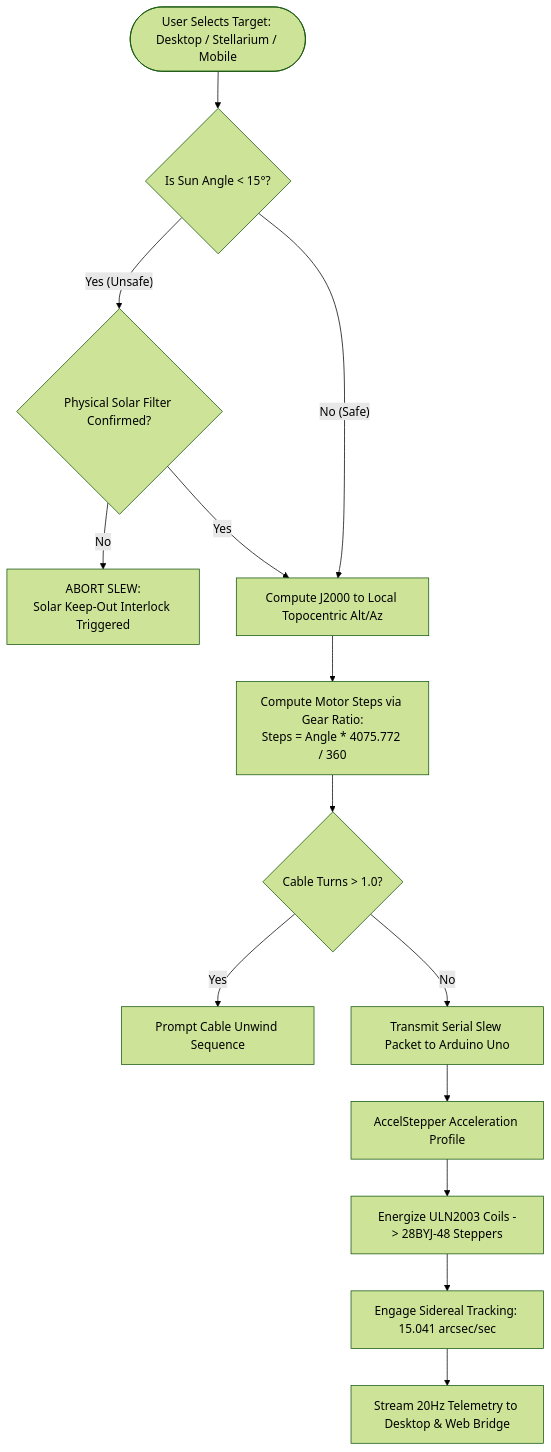
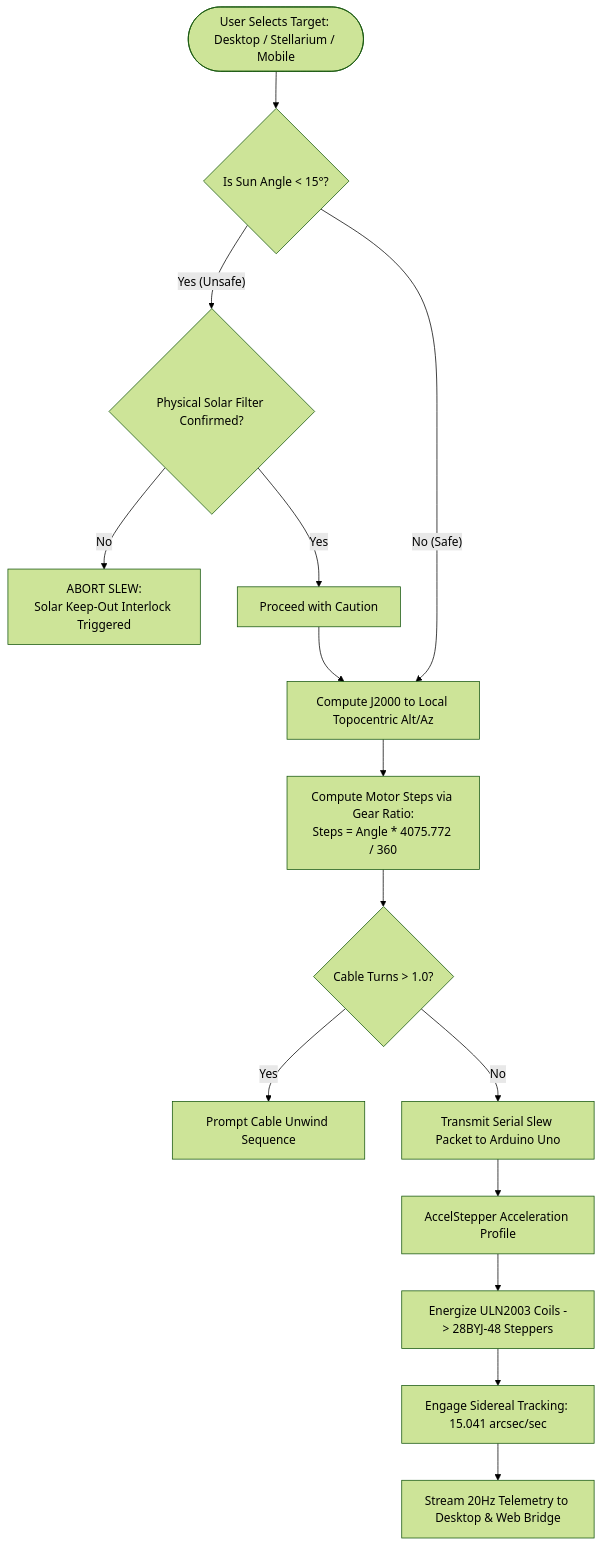
Before and after one commit to Hitesh070/Custom-GoTo-Telescope: the second of 2 diagrams in README.md, drawn with Mermaid (forest theme). The commit also changed other lines of this file, not shown here.

Commit message:
docs(readme): sanitize mermaid flowchart syntax and katex math mode rendering

````diff
--- a/README.md
+++ b/README.md
@@ -329,22 +329,23 @@
 ```mermaid
 flowchart TD
-    UserTarget([User Selects Target: Desktop / Stellarium / Mobile]) --> CheckSafety{Is Sun Angle < 15°?}
+    UserTarget(["User Selects Target: Desktop / Stellarium / Mobile"]) --> CheckSafety{"Is Sun Angle &lt; 15°?"}
     
-    CheckSafety -- Yes (Unsafe) --> CheckFilter{Physical Solar Filter Confirmed?}
-    CheckFilter -- No --> AbortSlew[ABORT SLEW:\nSolar Keep-Out Interlock Triggered]
-    CheckFilter -- Yes --> CalcCoords[Proceed with Caution]
+    CheckSafety -- Yes (Unsafe) --> CheckFilter{"Physical Solar Filter Confirmed?"}
+    CheckFilter -- No --> AbortSlew["ABORT SLEW:<br/>Solar Keep-Out Interlock Triggered"]
+    CheckFilter -- Yes --> ProceedCautious["Proceed with Caution"]
     
-    CheckSafety -- No (Safe) --> CalcCoords[Compute J2000 to Local Topocentric Alt/Az]
+    CheckSafety -- No (Safe) --> CalcCoords["Compute J2000 to Local Topocentric Alt/Az"]
+    ProceedCautious --> CalcCoords
     
-    CalcCoords --> Kinematics[Compute Motor Steps via Gear Ratio:\nSteps = Angle * 4075.772 / 360]
-    Kinematics --> CableCheck{Cable Turns > 1.0?}
+    CalcCoords --> Kinematics["Compute Motor Steps via Gear Ratio:<br/>Steps = Angle * 4075.772 / 360"]
+    Kinematics --> CableCheck{"Cable Turns &gt; 1.0?"}
     
-    CableCheck -- Yes --> UnwindAlert[Prompt Cable Unwind Sequence]
-    CableCheck -- No --> StreamPacket[Transmit Serial Slew Packet to Arduino Uno]
+    CableCheck -- Yes --> UnwindAlert["Prompt Cable Unwind Sequence"]
+    CableCheck -- No --> StreamPacket["Transmit Serial Slew Packet to Arduino Uno"]
     
-    StreamPacket --> AccelStepper[AccelStepper Acceleration Profile]
-    AccelStepper --> DriveMotors[Energize ULN2003 Coils -> 28BYJ-48 Steppers]
+    StreamPacket --> AccelStepper["AccelStepper Acceleration Profile"]
+    AccelStepper --> DriveMotors["Energize ULN2003 Coils -&gt; 28BYJ-48 Steppers"]
     
-    DriveMotors --> TrackingLoop[Engage Sidereal Tracking: 15.041 arcsec/sec]
-    TrackingLoop --> TelemetryStream[Stream 20Hz Telemetry to Desktop & Web Bridge]
+    DriveMotors --> TrackingLoop["Engage Sidereal Tracking: 15.041 arcsec/sec"]
+    TrackingLoop --> TelemetryStream["Stream 20Hz Telemetry to Desktop &amp; Web Bridge"]
 ```
````
